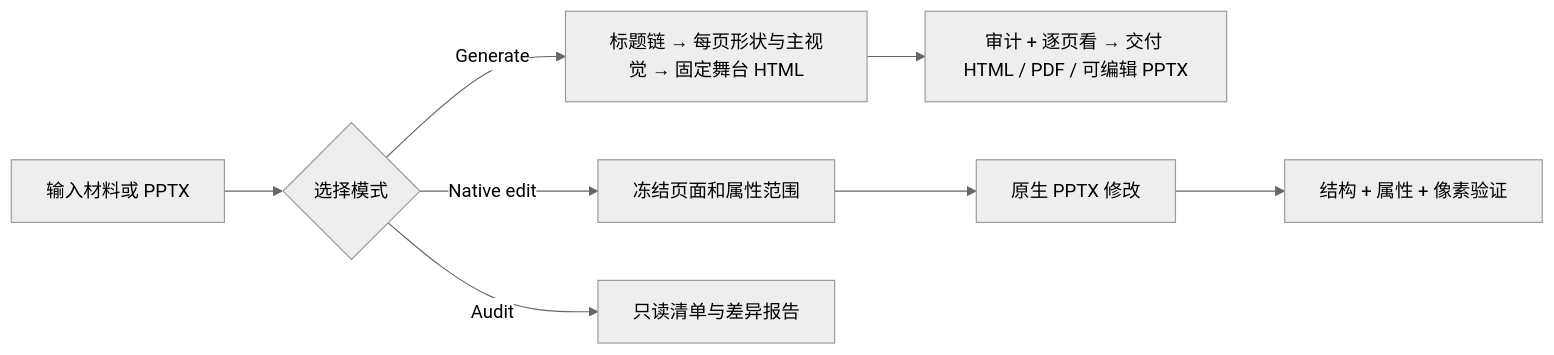
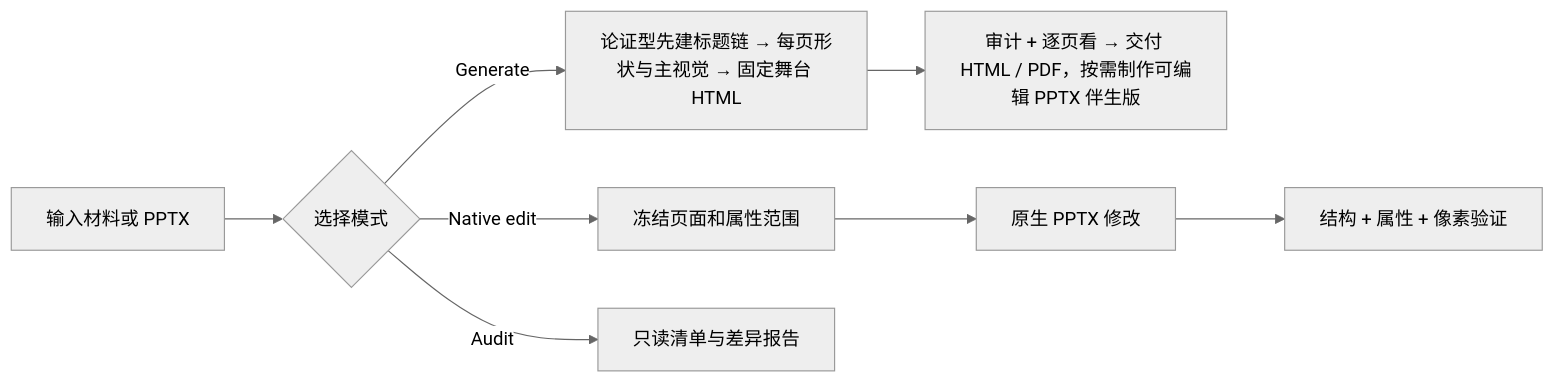
Before and after one commit to jiefeis/deck-forge: the diagram in .github/README.md, drawn with Mermaid (neutral theme). The commit also changed other lines of this file and 1 other file, not shown here.

````diff
--- a/.github/README.md
+++ b/.github/README.md
@@ -44,10 +44,10 @@
 ```mermaid
 flowchart LR
     A[输入材料或 PPTX] --> B{选择模式}
-    B -->|Generate| C[标题链 → 每页形状与主视觉 → 固定舞台 HTML]
-    C --> D[审计 + 逐页看 → 交付 HTML / PDF / 可编辑 PPTX]
+    B -->|Generate| C[论证型先建标题链 → 每页形状与主视觉 → 固定舞台 HTML]
+    C --> D[审计 + 逐页看 → 交付 HTML / PDF，按需制作可编辑 PPTX 伴生版]
     B -->|Native edit| E[冻结页面和属性范围]
     E --> F[原生 PPTX 修改]
     F --> G[结构 + 属性 + 像素验证]
     B -->|Audit| H[只读清单与差异报告]
 ```
````
